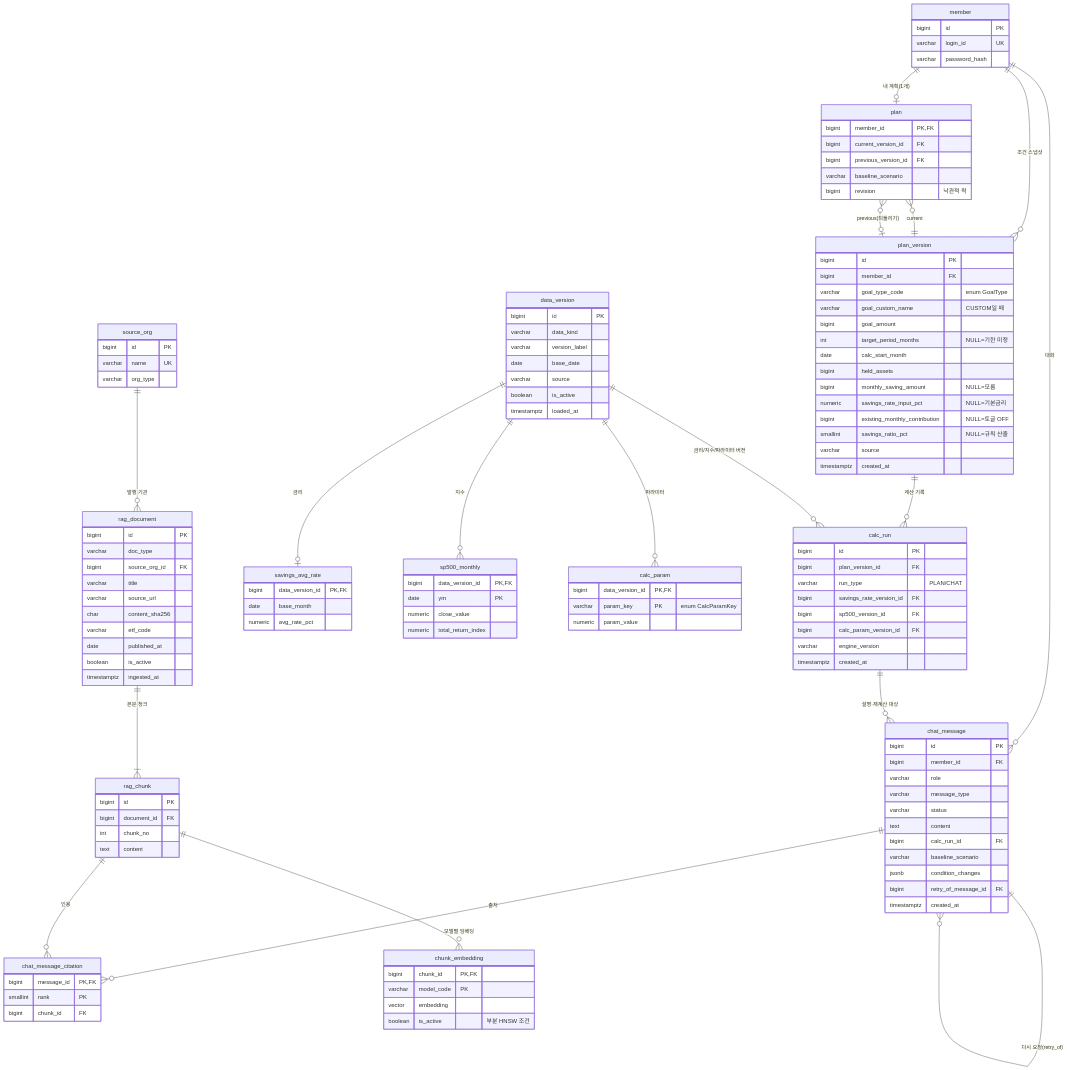
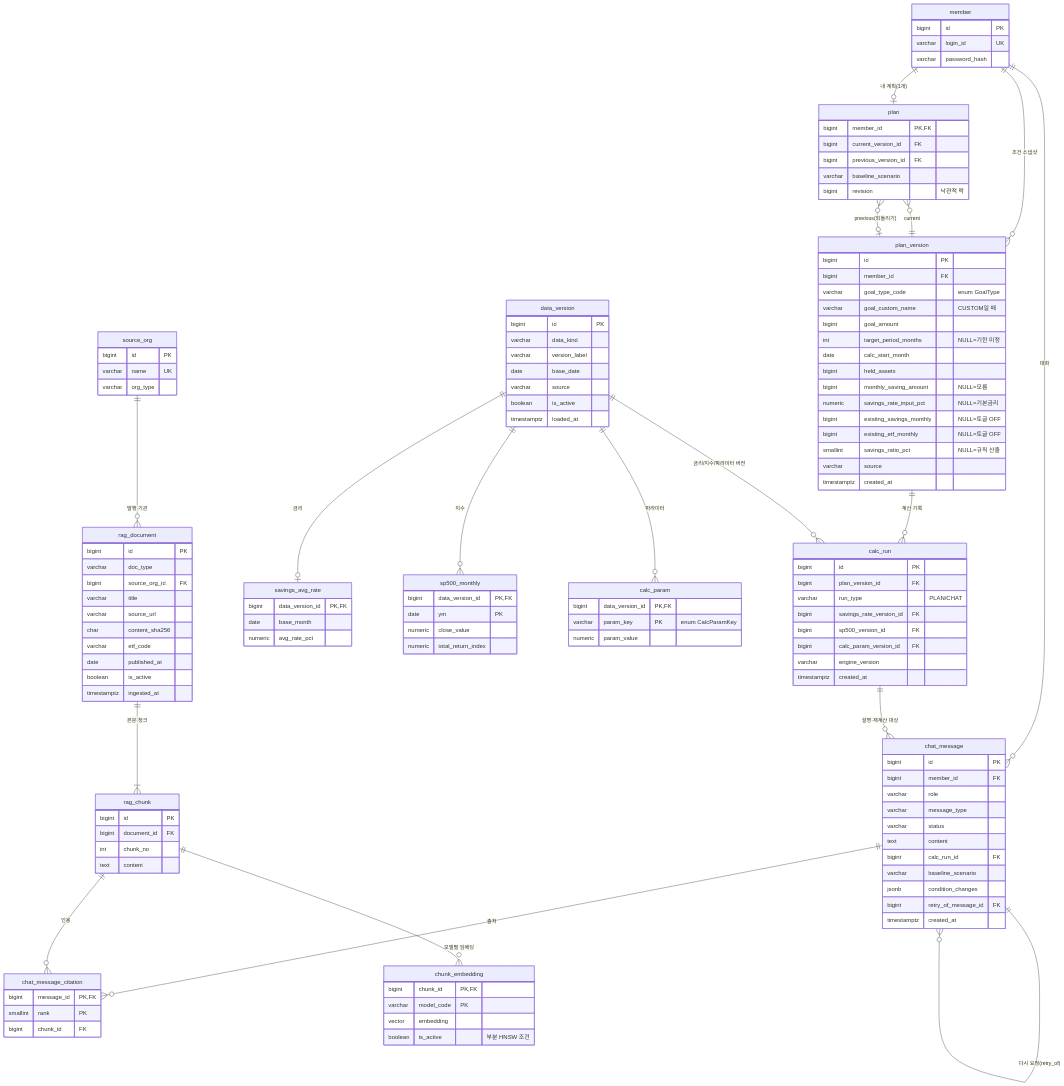
One commit to shinhan-career-next-team-4/moeun changed the diagram in db/erd.md. Above: the diagram before and after it, drawn with Mermaid. The commit also changed other lines of this file and 60 other files, not shown here.

```diff
--- a/db/erd.md
+++ b/db/erd.md
@@ -62,7 +62,8 @@
         bigint held_assets
         bigint monthly_saving_amount "NULL=모름"
         numeric savings_rate_input_pct "NULL=기본금리"
-        bigint existing_monthly_contribution "NULL=토글 OFF"
+        bigint existing_savings_monthly "NULL=토글 OFF"
+        bigint existing_etf_monthly "NULL=토글 OFF"
         smallint savings_ratio_pct "NULL=규칙 산출"
         varchar source
         timestamptz created_at
```
